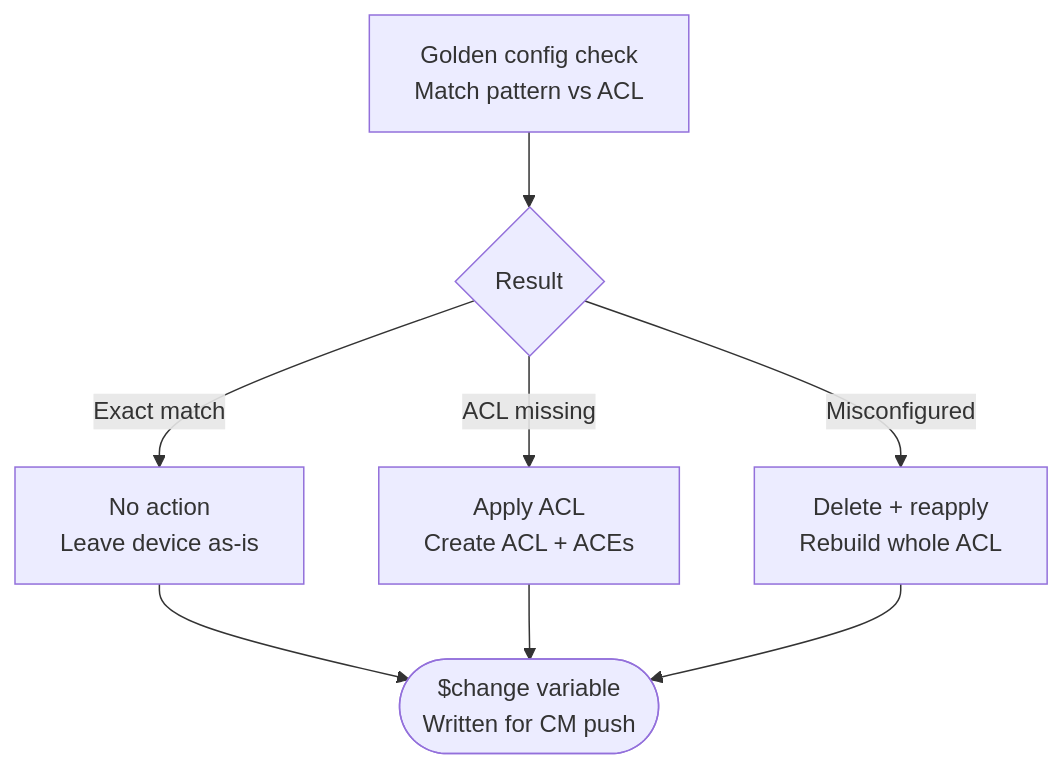
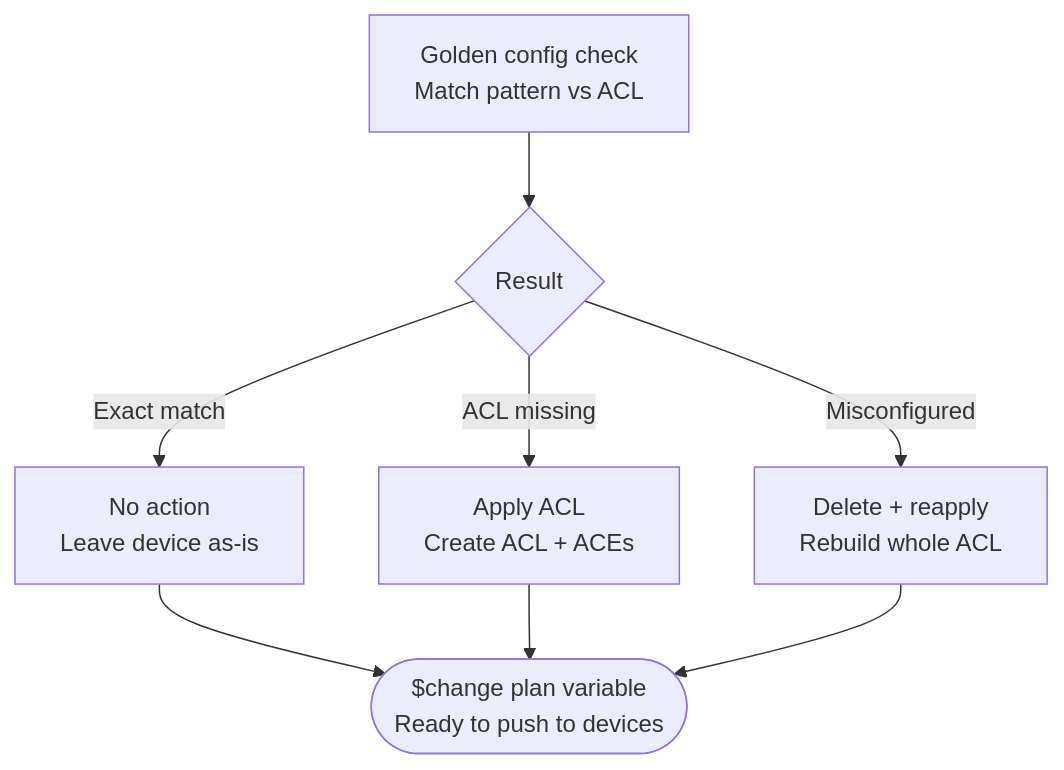
Before and after one commit to amarinjs/network_automation: the diagram in README.md, drawn with Mermaid.

Commit message:
Update change variable description in README

````diff
--- a/README.md
+++ b/README.md
@@ -46,10 +46,10 @@
 ```mermaid
 flowchart TD
     A["Golden config check<br/>Match pattern vs ACL"] --> B{Result}
     B -->|Exact match| C["No action<br/>Leave device as-is"]
     B -->|ACL missing| D["Apply ACL<br/>Create ACL + ACEs"]
     B -->|Misconfigured| E["Delete + reapply<br/>Rebuild whole ACL"]
-    C --> F(["$change variable<br/>Written for CM push"])
+    C --> F(["$change plan variable<br/> Ready to push to devices"])
     D --> F
     E --> F
 ```
````
